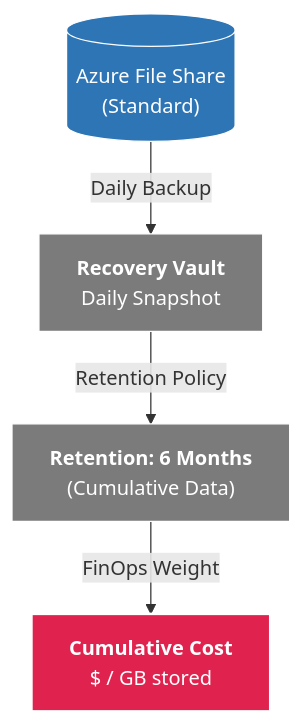
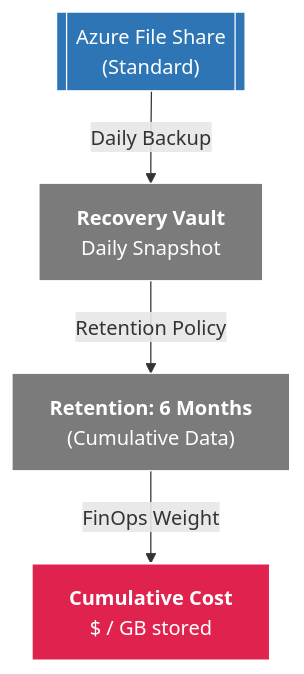
Before and after one commit to nubenetes/terraform-azure-devops-agentic: the seventh of 9 diagrams in docs/821-FINOPS_ARCH_ANALYSIS.md, drawn with Mermaid. The commit also changed other lines of this file and 23 other files, not shown here.

Commit message:
docs: establish automated Mermaid validator and eliminate text clipping repo-wide

````diff
--- a/docs/821-FINOPS_ARCH_ANALYSIS.md
+++ b/docs/821-FINOPS_ARCH_ANALYSIS.md
@@ -303,16 +303,16 @@
 ```mermaid
 graph TD
     classDef storage fill:#2e75b6,stroke:#fff,stroke-width:1px,color:#fff
     classDef vault fill:#7b7b7b,stroke:#fff,stroke-width:1px,color:#fff
     classDef cost fill:#e0234e,stroke:#fff,stroke-width:2px,color:#fff
-    DATA[("Azure File Share<br/>(Standard)")]
+    DATA[["Azure File Share<br/>(Standard)"]]
     RSV["<b>Recovery Vault</b><br/>Daily Snapshot"]
     RET["<b>Retention: 6 Months</b><br/>(Cumulative Data)"]
     BILL["<b>Cumulative Cost</b><br/>$ / GB stored"]
     DATA -- "Daily Backup" --> RSV
     RSV -- "Retention Policy" --> RET
     RET -- "FinOps Weight" --> BILL
     class DATA storage
     class RSV,RET vault
     class BILL cost
 ```
````
